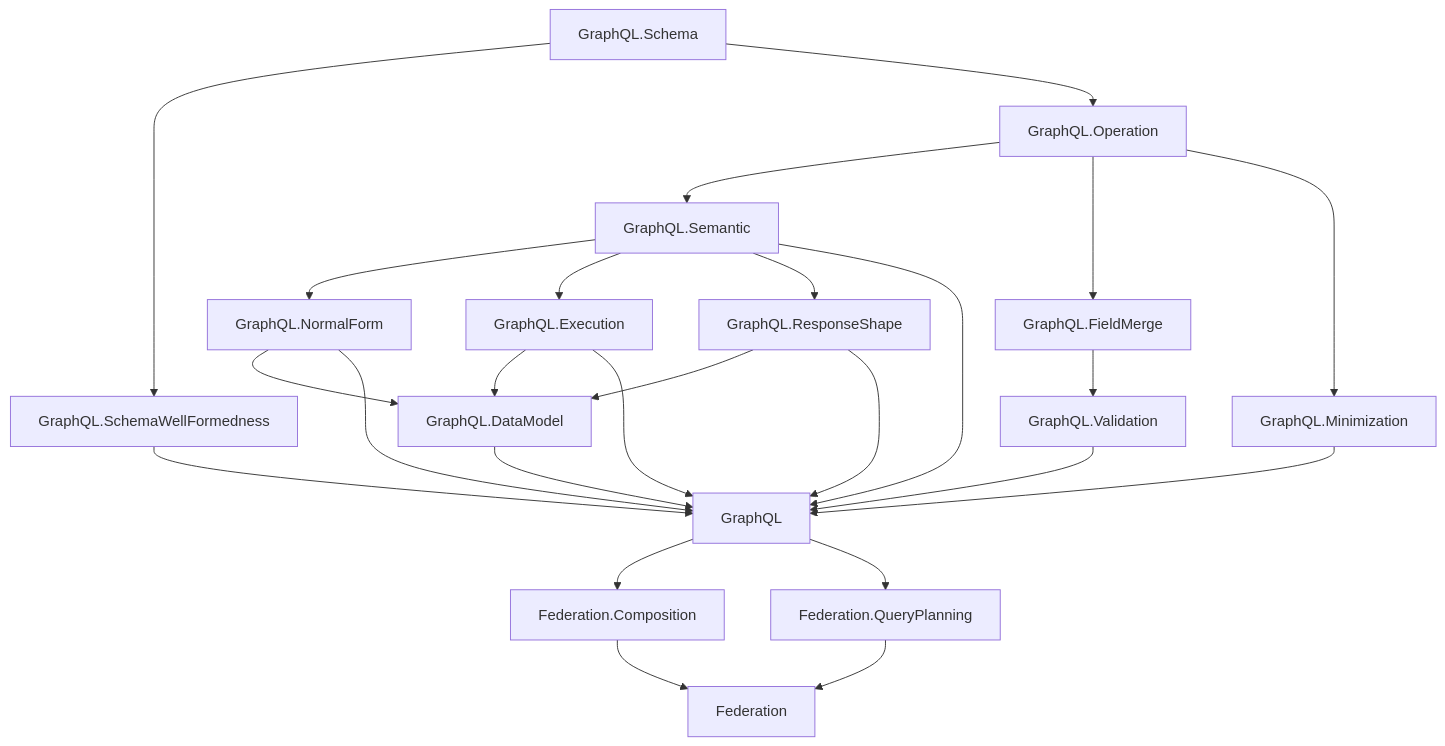
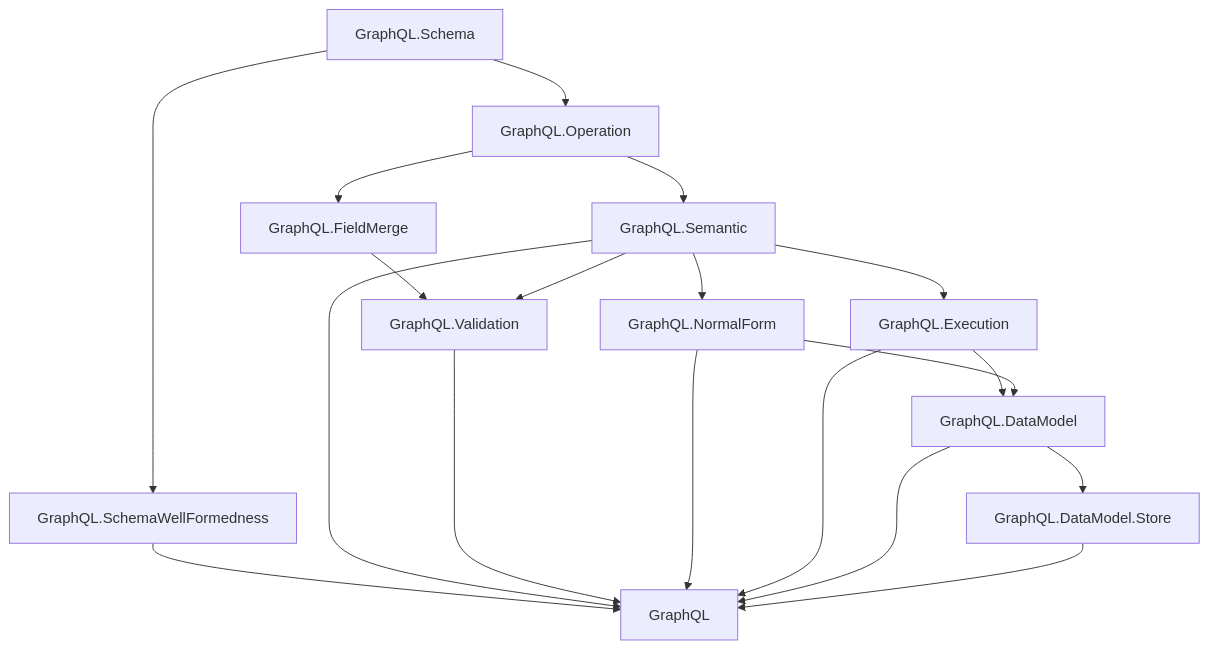
Before and after one commit to duckki/GraphQL.lean: the diagram in docs/overview.md, drawn with Mermaid. The commit also changed other lines of this file and 16 other files, not shown here.

Commit message:
Remove deferred GraphQL analysis modules

````diff
--- a/docs/overview.md
+++ b/docs/overview.md
@@ -11,46 +11,34 @@
 ```mermaid
 flowchart TD
   Schema["GraphQL.Schema"]
   SchemaWF["GraphQL.SchemaWellFormedness"]
   Operation["GraphQL.Operation"]
   Semantic["GraphQL.Semantic"]
   FieldMerge["GraphQL.FieldMerge"]
   Validation["GraphQL.Validation"]
   NormalForm["GraphQL.NormalForm"]
-  ResponseShape["GraphQL.ResponseShape"]
   Execution["GraphQL.Execution"]
   DataModel["GraphQL.DataModel"]
-  Minimization["GraphQL.Minimization"]
+  DataModelStore["GraphQL.DataModel.Store"]
   GraphQLRoot["GraphQL"]
-
-  FederationComposition["Federation.Composition"]
-  FederationQueryPlanning["Federation.QueryPlanning"]
-  FederationRoot["Federation"]
 
   Schema --> SchemaWF
   Schema --> Operation
   Operation --> Semantic
   Operation --> FieldMerge
   FieldMerge --> Validation
+  Semantic --> Validation
   Semantic --> NormalForm
   Semantic --> Execution
-  Semantic --> ResponseShape
   Execution --> DataModel
   NormalForm --> DataModel
-  ResponseShape --> DataModel
-  Operation --> Minimization
+  DataModel --> DataModelStore
 
   SchemaWF --> GraphQLRoot
   Semantic --> GraphQLRoot
   Validation --> GraphQLRoot
   NormalForm --> GraphQLRoot
-  ResponseShape --> GraphQLRoot
   Execution --> GraphQLRoot
   DataModel --> GraphQLRoot
-  Minimization --> GraphQLRoot
-
-  GraphQLRoot --> FederationComposition
-  GraphQLRoot --> FederationQueryPlanning
-  FederationComposition --> FederationRoot
-  FederationQueryPlanning --> FederationRoot
+  DataModelStore --> GraphQLRoot
 ```
````
